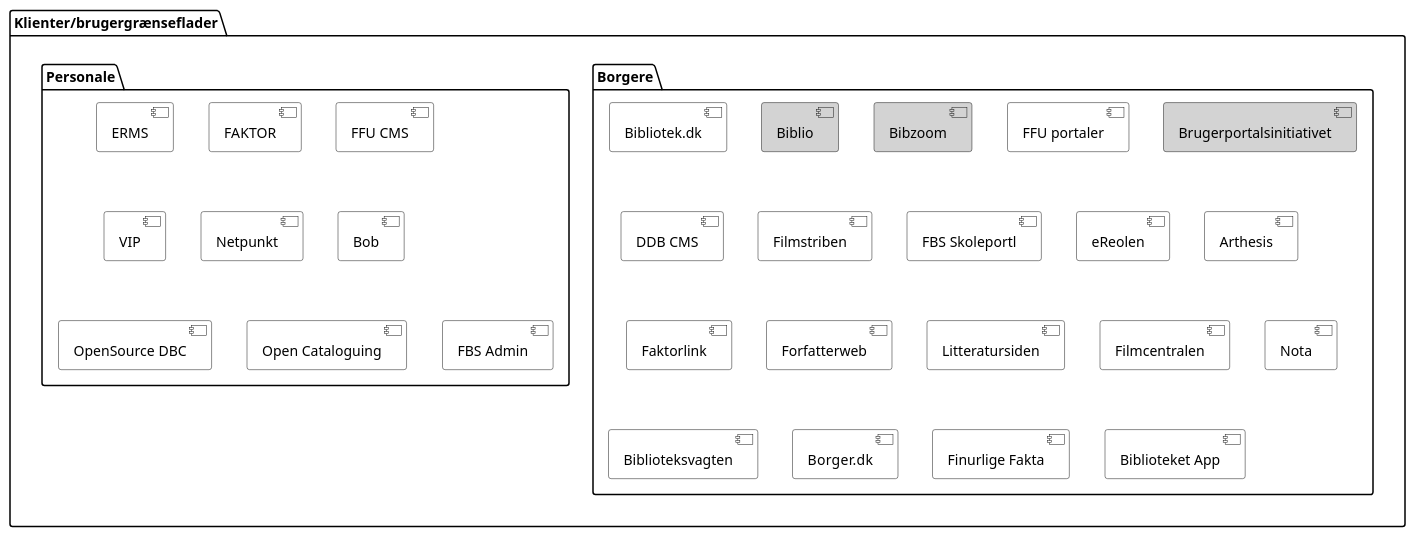
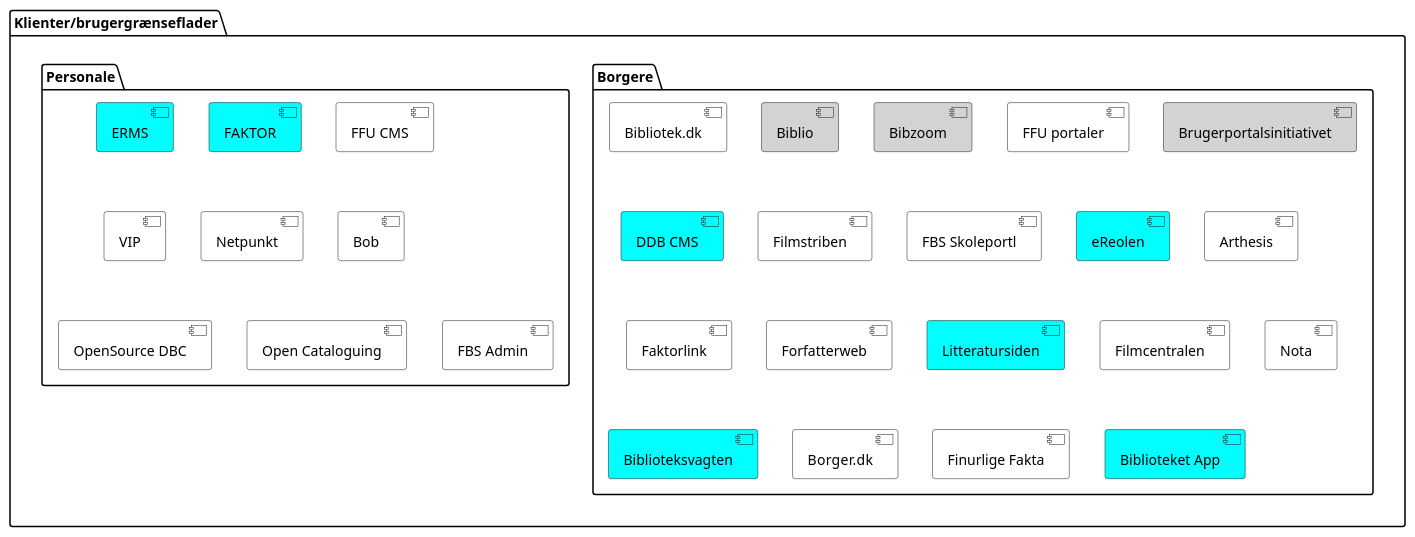
Before and after one commit to danskernesdigitalebibliotek/plantuml: the diagram in docs/components/clients.puml, drawn with PlantUML.

Commit message:
Det Digitale Folkebibliotek = Cyan

```diff
--- a/docs/components/clients.puml
+++ b/docs/components/clients.puml
@@ -1,48 +1,48 @@
 @startuml
 'header SayHello
 'footer Page %page% of %lastpage%
 
 skinparam component {
     backgroundColor [Biblio] LightGray
 }
 
 
 package "Klienter/brugergrænseflader" {
  together {
     package "Borgere" {
       [Bibliotek.dk]
       [Biblio] #LightGray
       [Bibzoom] #LightGray
       [FFU portaler]
       [Brugerportalsinitiativet] #LightGray
-      [DDB CMS]
+      [DDB CMS] #Cyan
       [Filmstriben]
       [FBS Skoleportl]
-      [eReolen]
+      [eReolen] #Cyan
       [Arthesis]
       [Faktorlink]
       [Forfatterweb]
-      [Litteratursiden]
+      [Litteratursiden] #Cyan
       [Filmcentralen]
       [Nota]
-      [Biblioteksvagten]
+      [Biblioteksvagten] #Cyan
       [Borger.dk]
       [Finurlige Fakta]
-      [Biblioteket App]
+      [Biblioteket App] #Cyan
     }
     
     package "Personale" {
-      [ERMS]
-      [FAKTOR]
-      [Biblioteksvagten]
+      [ERMS] #Cyan
+      [FAKTOR] #Cyan
+      [Biblioteksvagten] #Cyan
       [FFU CMS]
       [VIP]
       [Netpunkt]
       [Bob]
       [OpenSource DBC]
       [Open Cataloguing]
       [FBS Admin]
     }
 }
 }
 @enduml
```
